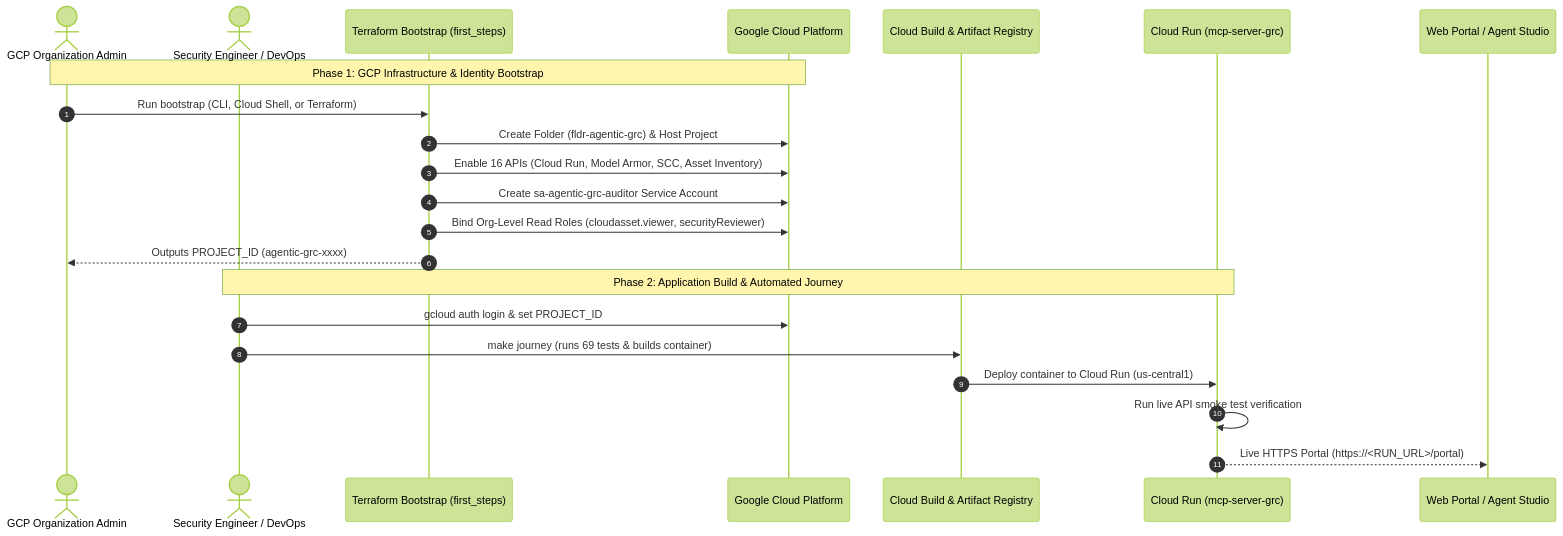
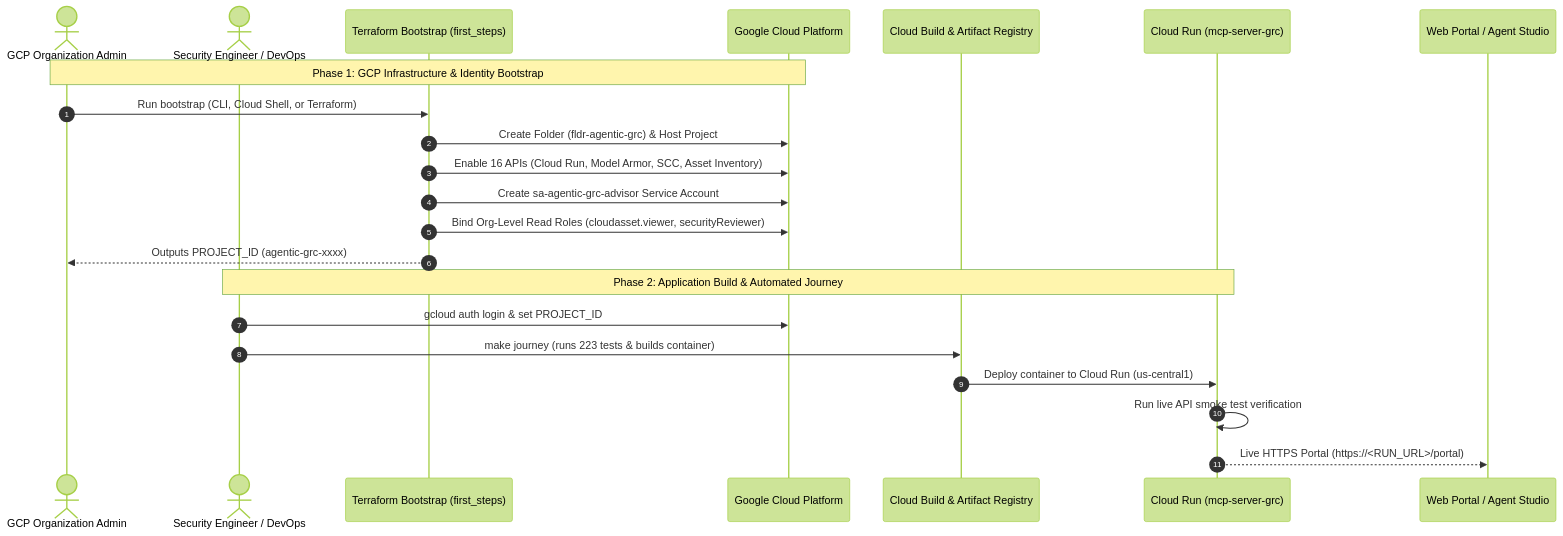
One commit to g-jsaccomani/agentic_grc_certifications changed the diagram in documentation/operations/README.md. Above: the diagram before and after it, drawn with Mermaid (forest theme). The commit also changed other lines of this file and 7 other files, not shown here.

Commit message:
docs: update documentation hub with English default, compliance disclaimers, advisor roles, and 223 tests

````diff
--- a/documentation/operations/README.md
+++ b/documentation/operations/README.md
@@ -57,26 +57,26 @@
 ```mermaid
 sequenceDiagram
     autonumber
     actor Admin as GCP Organization Admin
     actor Deployer as Security Engineer / DevOps
     participant TF as Terraform Bootstrap (first_steps)
     participant GCP as Google Cloud Platform
     participant Build as Cloud Build & Artifact Registry
     participant CR as Cloud Run (mcp-server-grc)
     participant Client as Web Portal / Agent Studio
 
     Note over Admin,GCP: Phase 1: GCP Infrastructure & Identity Bootstrap
     Admin->>TF: Run bootstrap (CLI, Cloud Shell, or Terraform)
     TF->>GCP: Create Folder (fldr-agentic-grc) & Host Project
     TF->>GCP: Enable 16 APIs (Cloud Run, Model Armor, SCC, Asset Inventory)
-    TF->>GCP: Create sa-agentic-grc-auditor Service Account
+    TF->>GCP: Create sa-agentic-grc-advisor Service Account
     TF->>GCP: Bind Org-Level Read Roles (cloudasset.viewer, securityReviewer)
     TF-->>Admin: Outputs PROJECT_ID (agentic-grc-xxxx)
 
     Note over Deployer,CR: Phase 2: Application Build & Automated Journey
     Deployer->>GCP: gcloud auth login & set PROJECT_ID
-    Deployer->>Build: make journey (runs 69 tests & builds container)
+    Deployer->>Build: make journey (runs 223 tests & builds container)
     Build->>CR: Deploy container to Cloud Run (us-central1)
     CR->>CR: Run live API smoke test verification
     CR-->>Client: Live HTTPS Portal (https://<RUN_URL>/portal)
 ```
````
